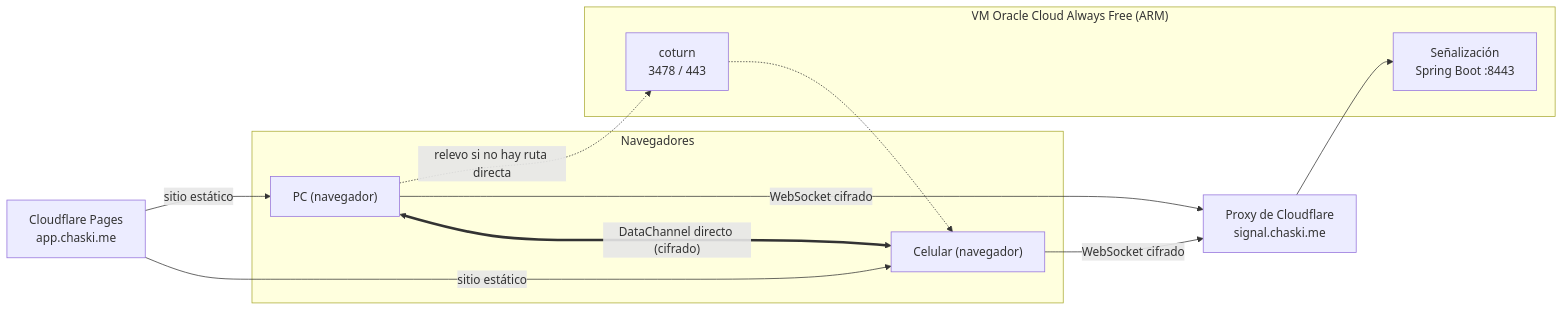
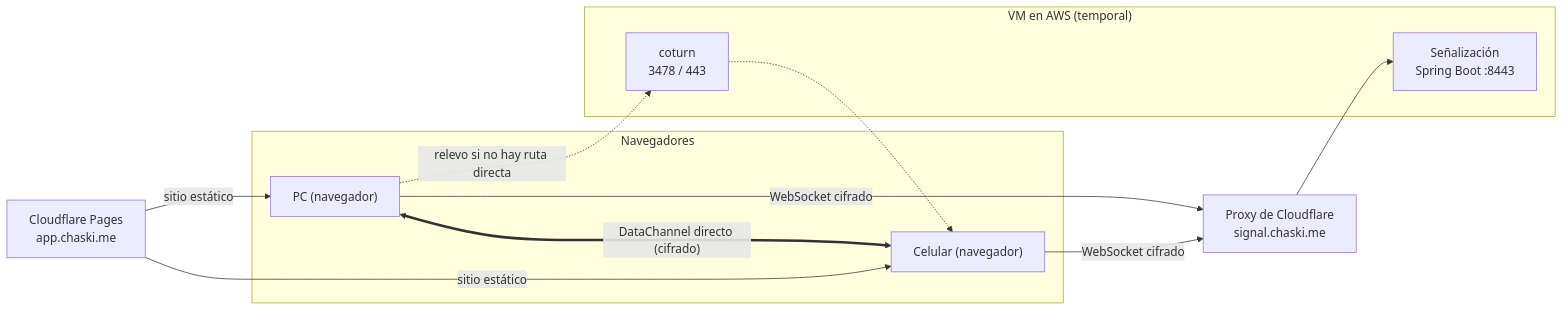
The diagram in README.md (1JuanDaniel0/chaski), drawn with Mermaid before and after one commit. The commit also changed other lines of this file, not shown here.

Commit message:
docs: README y primeros pasos con la VM temporal en AWS
Claude-Session: https://claude.ai/code/session_01T6LWzqgpNJE1gDTcjiP6EM

````diff
--- a/README.md
+++ b/README.md
@@ -46,22 +46,22 @@
 ```mermaid
 flowchart LR
     subgraph Navegadores
         A["PC (navegador)"]
         B["Celular (navegador)"]
     end
     CFP["Cloudflare Pages<br/>app.chaski.me"]
     CFX["Proxy de Cloudflare<br/>signal.chaski.me"]
-    subgraph VM["VM Oracle Cloud Always Free (ARM)"]
+    subgraph VM["VM en AWS (temporal)"]
         SIG["Señalización<br/>Spring Boot :8443"]
         TURN["coturn<br/>3478 / 443"]
     end
 
     A <== "DataChannel directo (cifrado)" ==> B
     A -. "relevo si no hay ruta directa" .-> TURN
     TURN -.-> B
     CFP -- "sitio estático" --> A
     CFP -- "sitio estático" --> B
     A -- "WebSocket cifrado" --> CFX
     B -- "WebSocket cifrado" --> CFX
     CFX --> SIG
 ```
````
